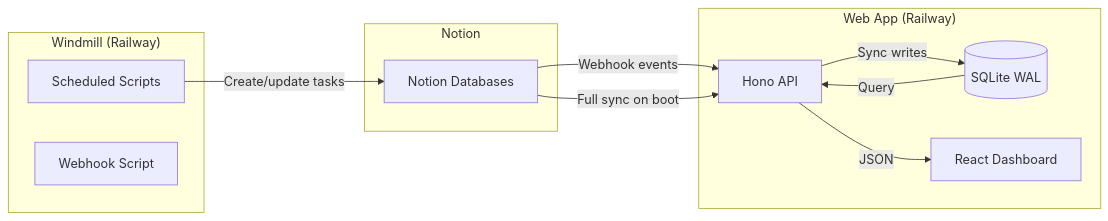
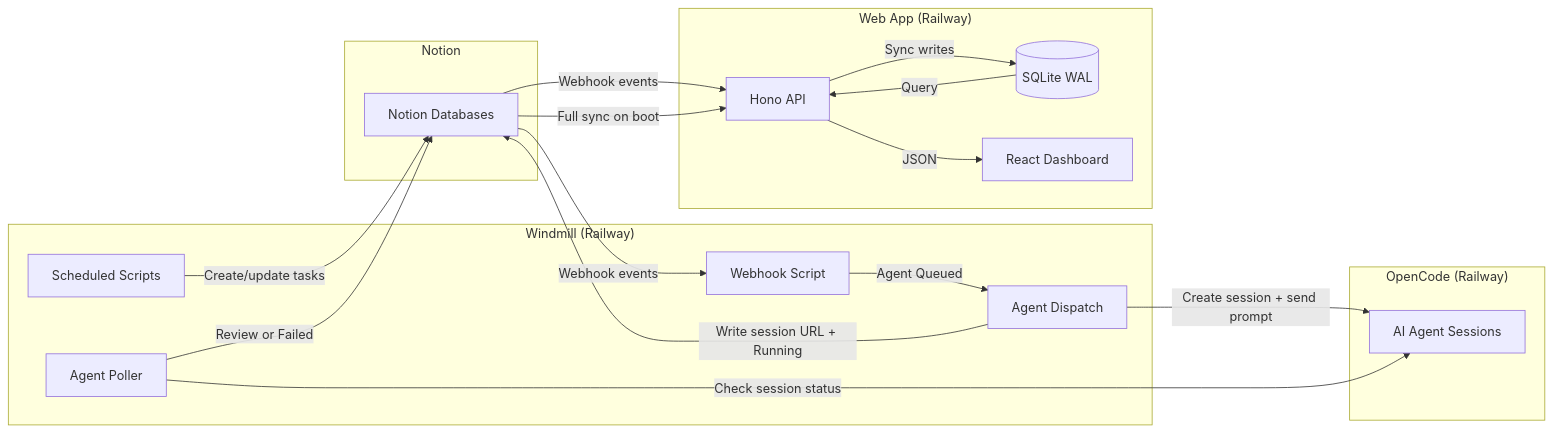
The diagram in docs/system/Architecture.md (geoffyli/my-task-management), drawn with Mermaid before and after one commit. The commit also changed other lines of this file and 25 other files, not shown here.

First line of the commit message:
feat: add agent orchestration system (dispatch + polling)

````diff
--- a/docs/system/Architecture.md
+++ b/docs/system/Architecture.md
@@ -25,24 +25,36 @@
 ```mermaid
 graph LR
     subgraph Notion
         NDB[Notion Databases]
     end
 
     subgraph Windmill["Windmill (Railway)"]
         WS[Scheduled Scripts]
         WH[Webhook Script]
+        DA[Agent Dispatch]
+        PA[Agent Poller]
     end
 
     subgraph App["Web App (Railway)"]
         API[Hono API]
         DB[(SQLite WAL)]
         FE[React Dashboard]
     end
 
+    subgraph OC["OpenCode (Railway)"]
+        OCS[AI Agent Sessions]
+    end
+
     WS -->|Create/update tasks| NDB
     NDB -->|Webhook events| API
+    NDB -->|Webhook events| WH
+    WH -->|Agent Queued| DA
+    DA -->|Create session + send prompt| OCS
+    DA -->|Write session URL + Running| NDB
+    PA -->|Check session status| OCS
+    PA -->|Review or Failed| NDB
     API -->|Sync writes| DB
     DB -->|Query| API
     API -->|JSON| FE
     NDB -->|Full sync on boot| API
 ```
````
